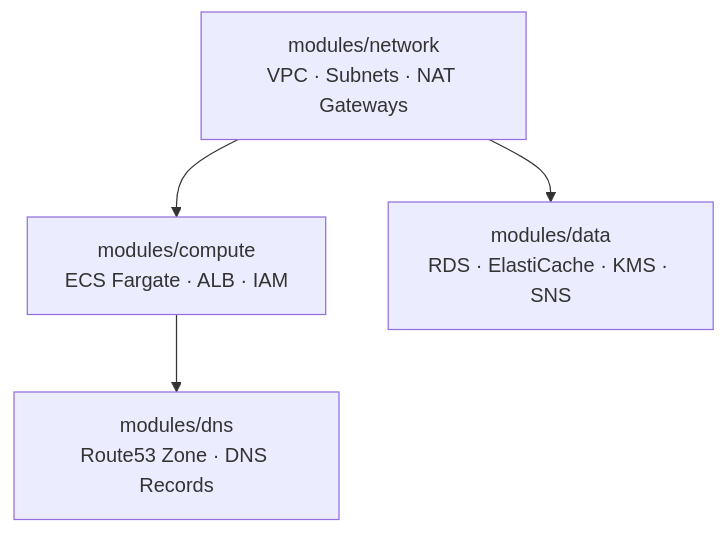
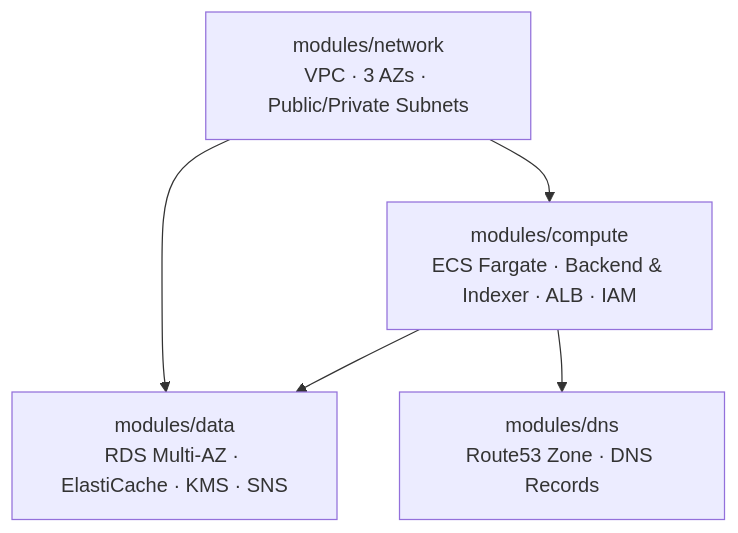
One commit to AlienScroll78/vesting-cliff-drip-stream changed the diagram in terraform/README.md. Above: the diagram before and after it, drawn with Mermaid. The commit also changed other lines of this file and 11 other files, not shown here.

Commit message:
feat(#1085): set up Terraform infrastructure for ECS, RDS, VPC, and IAM (#1154)

````diff
--- a/terraform/README.md
+++ b/terraform/README.md
@@ -28,11 +37,12 @@
 ```mermaid
 flowchart TD
-    network["modules/network\nVPC · Subnets · NAT Gateways"]
-    compute["modules/compute\nECS Fargate · ALB · IAM"]
-    data["modules/data\nRDS · ElastiCache · KMS · SNS"]
+    network["modules/network\nVPC · 3 AZs · Public/Private Subnets"]
+    compute["modules/compute\nECS Fargate · Backend & Indexer · ALB · IAM"]
+    data["modules/data\nRDS Multi-AZ · ElastiCache · KMS · SNS"]
     dns["modules/dns\nRoute53 Zone · DNS Records"]
 
     network --> compute
     network --> data
+    compute --> data
     compute --> dns
 ```
````
